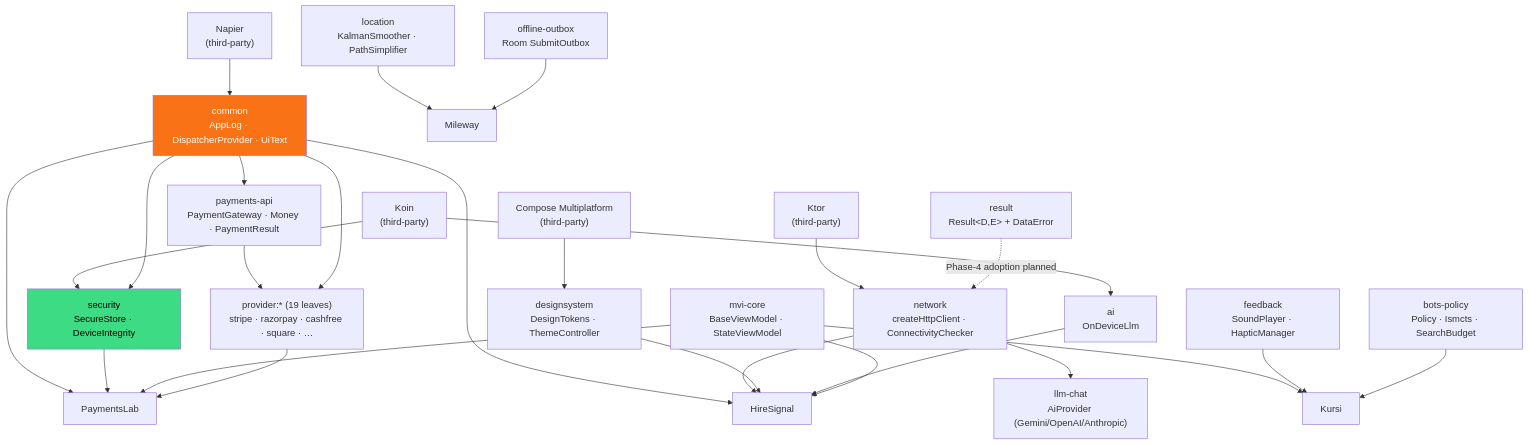
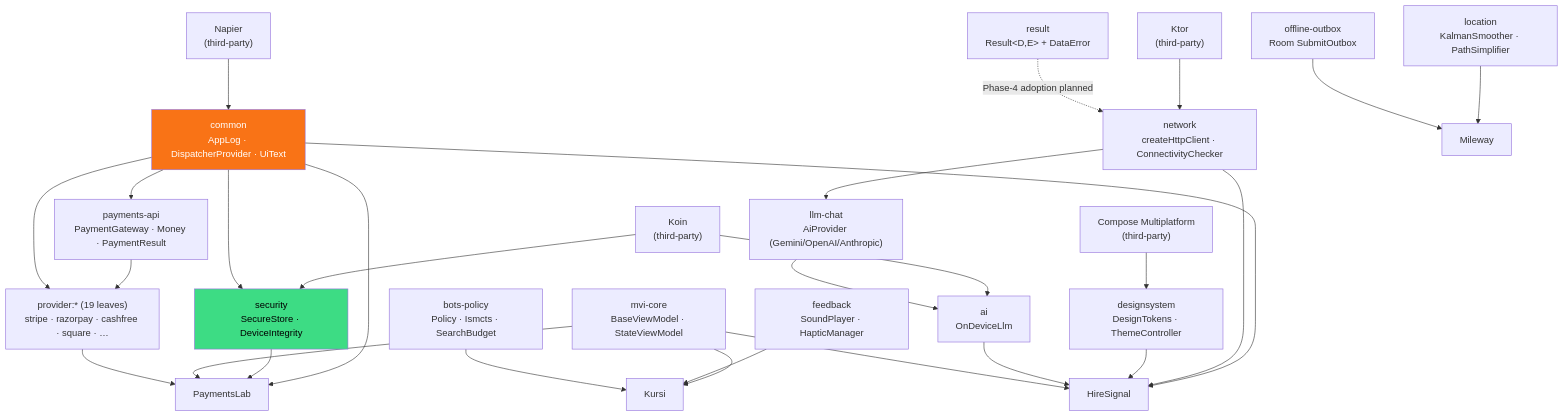
The second of 3 diagrams in README.md (darkpandawarrior/kmp-toolkit), drawn with Mermaid before and after one commit. The commit also changed other lines of this file and 5 other files, not shown here.

````diff
--- a/README.md
+++ b/README.md
@@ -211,56 +212,57 @@
 ```mermaid
 graph TD
     NAPIER["Napier<br/>(third-party)"]
     KTOR["Ktor<br/>(third-party)"]
     KOIN["Koin<br/>(third-party)"]
     CMP["Compose Multiplatform<br/>(third-party)"]
 
     RESULT["result<br/>Result&lt;D,E&gt; + DataError"]
     COMMON["common<br/>AppLog · DispatcherProvider · UiText"]
     MVI["mvi-core<br/>BaseViewModel · StateViewModel"]
     NETWORK["network<br/>createHttpClient · ConnectivityChecker"]
     SECURITY["security<br/>SecureStore · DeviceIntegrity"]
     DESIGNSYSTEM["designsystem<br/>DesignTokens · ThemeController"]
     AI["ai<br/>OnDeviceLlm"]
     FEEDBACK["feedback<br/>SoundPlayer · HapticManager"]
     LOCATION["location<br/>KalmanSmoother · PathSimplifier"]
     LLMCHAT["llm-chat<br/>AiProvider (Gemini/OpenAI/Anthropic)"]
     PAYMENTSAPI["payments-api<br/>PaymentGateway · Money · PaymentResult"]
     PROVIDERS["provider:* (19 leaves)<br/>stripe · razorpay · cashfree · square · …"]
     OUTBOX["offline-outbox<br/>Room SubmitOutbox"]
     BOTS["bots-policy<br/>Policy · Ismcts · SearchBudget"]
 
     NAPIER --> COMMON
     KTOR --> NETWORK
     KOIN --> AI
     KOIN --> SECURITY
     CMP --> DESIGNSYSTEM
 
     COMMON --> SECURITY
     RESULT -.->|"Phase-4 adoption planned"| NETWORK
     NETWORK --> LLMCHAT
+    LLMCHAT --> AI
     COMMON --> PAYMENTSAPI
     PAYMENTSAPI --> PROVIDERS
     COMMON --> PROVIDERS
 
     COMMON --> HIRESIGNAL["HireSignal"]
     NETWORK --> HIRESIGNAL
     DESIGNSYSTEM --> HIRESIGNAL
     AI --> HIRESIGNAL
     MVI --> HIRESIGNAL
 
     COMMON --> PAYMENTSLAB["PaymentsLab"]
     SECURITY --> PAYMENTSLAB
     MVI --> PAYMENTSLAB
     PROVIDERS --> PAYMENTSLAB
 
     LOCATION --> MILEWAY["Mileway"]
     OUTBOX --> MILEWAY
 
     MVI --> KURSI["Kursi"]
     FEEDBACK --> KURSI
     BOTS --> KURSI
 
     style SECURITY fill:#3DDC84,color:#000
     style COMMON fill:#F97316,color:#fff
 ```
````
